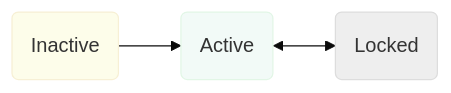
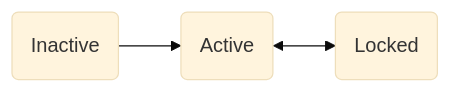
One commit to trophyso/docs changed the diagram in es/features/milestones.mdx. Above: the diagram before and after it, drawn with Mermaid (base theme). The commit also changed other lines of this file and 47 other files, not shown here.

````diff
--- a/es/features/milestones.mdx
+++ b/es/features/milestones.mdx
@@ -223,12 +215,12 @@
 ```mermaid
 flowchart LR
     A@{ shape: rounded, label: "Inactive" }
     B@{ shape: rounded, label: "Active" }
     C@{ shape: rounded, label: "Locked" }
     A-->B
     B<-->C
-    style A fill:#FDFDEA,stroke:#F7F0D5
-    style B fill:#F2FAF7,stroke:#E2F6E6
-    style C fill:#eee,stroke:#ddd
+    class A milestoneInactive
+    class B milestoneActive
+    class C milestoneLocked
 
 ```
````
